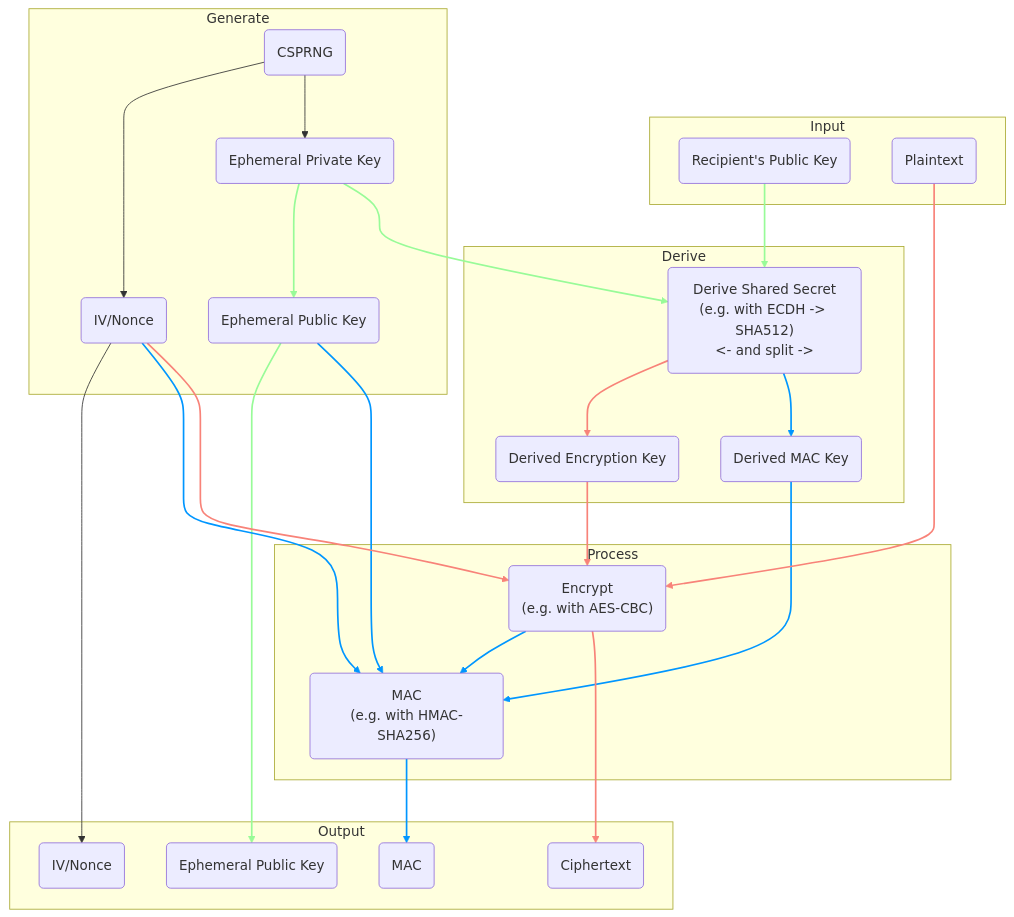
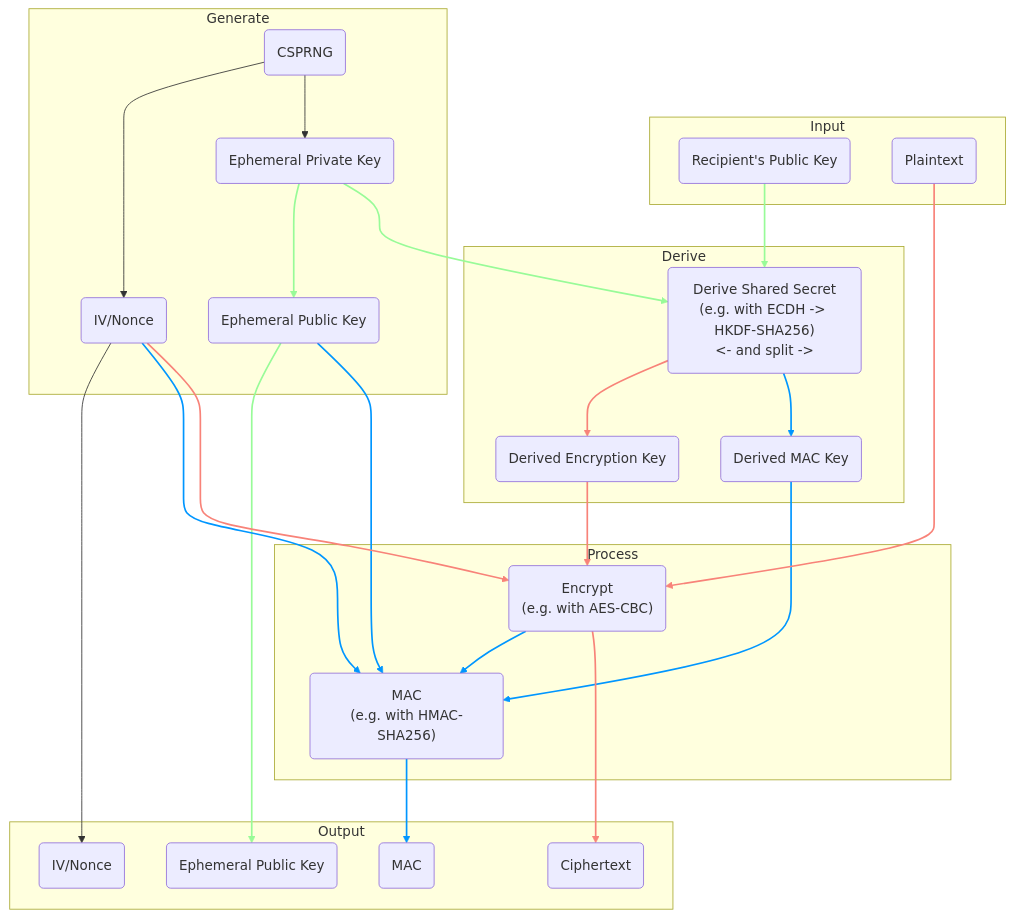
The first of 3 diagrams in README.md (TJRoh01/libes), drawn with Mermaid before and after one commit. The commit also changed other lines of this file, not shown here.

````diff
--- a/README.md
+++ b/README.md
@@ -110,66 +110,66 @@
 ```mermaid
 graph TB
     subgraph Input
         RK(Recipient's Public Key)
         MSG(Plaintext)
     end
     
     subgraph Generate
         CSPRNG(CSPRNG)
         EK_PUB(Ephemeral Public Key)
         EK_PRI(Ephemeral Private Key)
         IV(IV/Nonce)
     end
     
     subgraph Derive
-        DER_FN("Derive Shared Secret</br>(e.g. with ECDH -> SHA512)</br><- and split ->")
+        DER_FN("Derive Shared Secret</br>(e.g. with ECDH -> HKDF-SHA256)</br><- and split ->")
         DER_ENC_KEY("Derived Encryption Key")
         DER_MAC_KEY("Derived MAC Key")
     end
     
     subgraph Process
         ENC_FN("Encrypt</br>(e.g. with AES-CBC)")
         MAC_FN("MAC</br>(e.g. with HMAC-SHA256)")
     end
     
     subgraph Output
         ENC_OUT(Ciphertext)
         IV_OUT(IV/Nonce)
         EK_OUT(Ephemeral Public Key)
         MAC_OUT(MAC)
     end
 
     CSPRNG --> IV & EK_PRI
     EK_PRI --> EK_PUB
     EK_PUB --> EK_OUT & MAC_FN
     IV --> IV_OUT & MAC_FN & ENC_FN
     RK --> DER_FN
     EK_PRI --> DER_FN
     DER_FN --> DER_ENC_KEY & DER_MAC_KEY
     DER_ENC_KEY --> ENC_FN
     DER_MAC_KEY --> MAC_FN
     MSG --> ENC_FN
     ENC_FN --> MAC_FN & ENC_OUT
     MAC_FN --> MAC_OUT
     
     %% Elliptic Curve Key link colorization
     linkStyle 2 stroke:#98fb98,stroke-width:2px;
     linkStyle 3 stroke:#98fb98,stroke-width:2px;
     linkStyle 8 stroke:#98fb98,stroke-width:2px;
     linkStyle 9 stroke:#98fb98,stroke-width:2px;
     
     %% MAC link colorization
     linkStyle 4 stroke:#0096ff,stroke-width:2px;
     linkStyle 6 stroke:#0096ff,stroke-width:2px;
     linkStyle 11 stroke:#0096ff,stroke-width:2px;
     linkStyle 13 stroke:#0096ff,stroke-width:2px;
     linkStyle 15 stroke:#0096ff,stroke-width:2px;
     linkStyle 17 stroke:#0096ff,stroke-width:2px;
     
     %% Encryption link colorization
     linkStyle 7 stroke:#f88379,stroke-width:2px;
     linkStyle 10 stroke:#f88379,stroke-width:2px;
     linkStyle 12 stroke:#f88379,stroke-width:2px;
     linkStyle 14 stroke:#f88379,stroke-width:2px;
     linkStyle 16 stroke:#f88379,stroke-width:2px;
 ```
````
